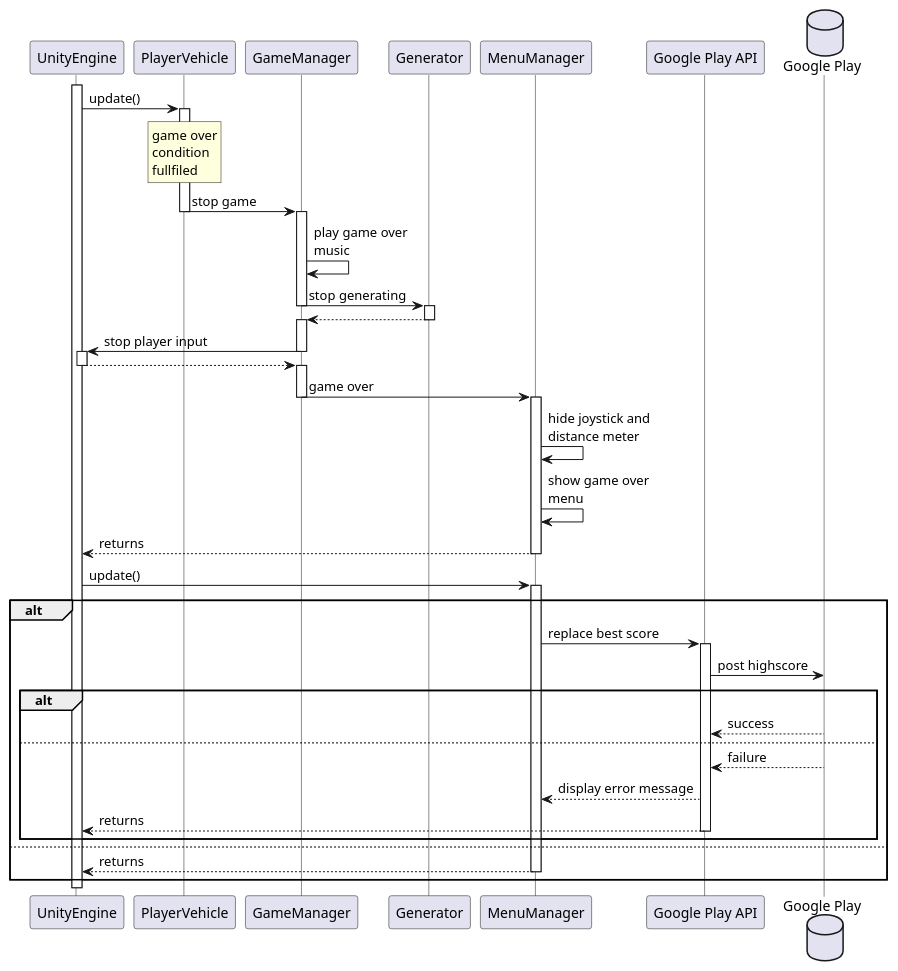
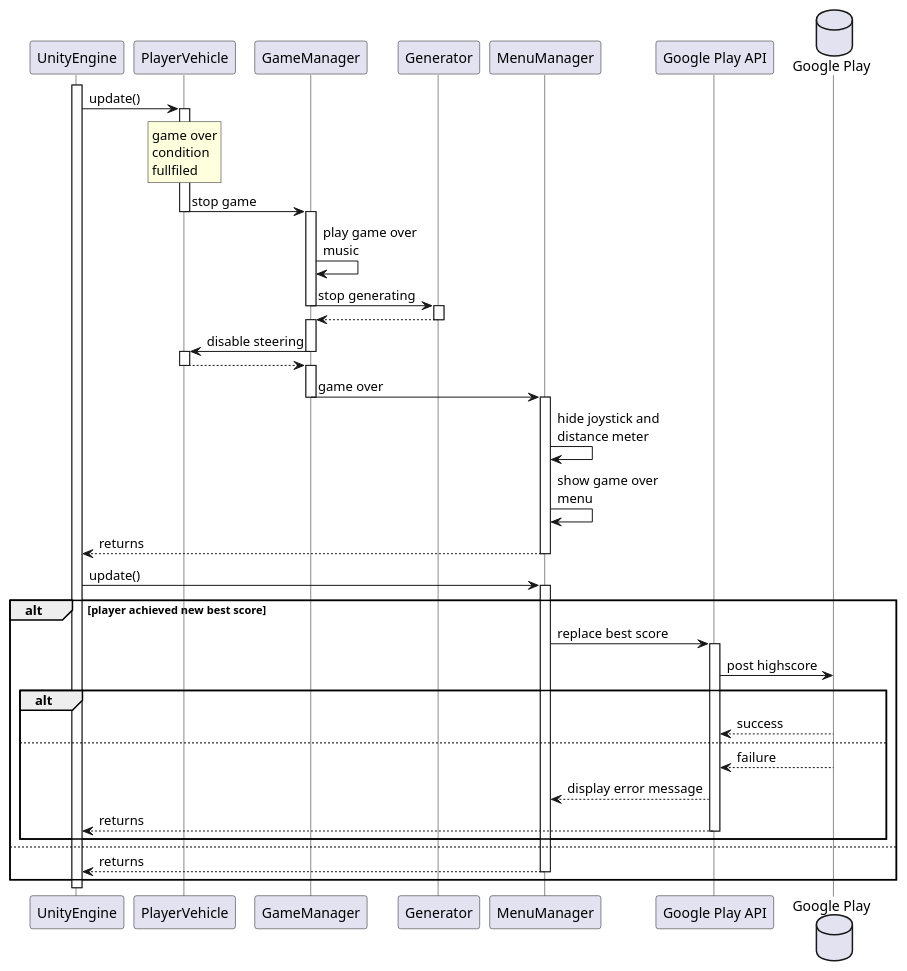
One commit to CKTA00/Robbery_Rush_UML changed the diagram in UML/game_over_sequence_diagram.puml. Above: the diagram before and after it, drawn with PlantUML. The commit also changed 2 other files, not shown here.

```diff
--- a/UML/game_over_sequence_diagram.puml
+++ b/UML/game_over_sequence_diagram.puml
@@ -1,45 +1,45 @@
 @startuml
 'https://plantuml.com/sequence-diagram
 
 skinparam lifelineStrategy solid
 participant UnityEngine
 activate UnityEngine
 UnityEngine -> PlayerVehicle ++: update()
 rnote over PlayerVehicle: game over\ncondition\nfullfiled
 
 PlayerVehicle -> GameManager --++: stop game
 
 GameManager -> GameManager: play game over\nmusic
 GameManager -> Generator--++: stop generating
 GameManager <-- Generator--++:
 
-GameManager -> UnityEngine--++: stop player input
-GameManager <-- UnityEngine--++:
+GameManager -> PlayerVehicle--++: disable steering
+GameManager <-- PlayerVehicle--++:
 
 GameManager -> MenuManager --++: game over
 MenuManager -> MenuManager : hide joystick and\ndistance meter
 MenuManager -> MenuManager : show game over\nmenu
 'GameManager <-- MenuManager --++:
 'GameManager --> PlayerVehicle--++:
 'PlayerVehicle --> UnityEngine--:
 MenuManager --> UnityEngine--: returns
 UnityEngine -> MenuManager ++: update()
 'rnote over MenuManager: player achieved\nbest score
-group alt
+alt player achieved new best score
     MenuManager -> "Google Play API" ++: replace best score
     database "Google Play"
     "Google Play API" -> "Google Play": post highscore
-    group alt
+    alt
         "Google Play API" <-- "Google Play": success
     else
         "Google Play API" <-- "Google Play" : failure
         "Google Play API" --> "MenuManager" : display error message
         "Google Play API" --> UnityEngine -- :returns
     end
 else
     "MenuManager" --> UnityEngine --: returns
 end
 
 
 
 @enduml
```
